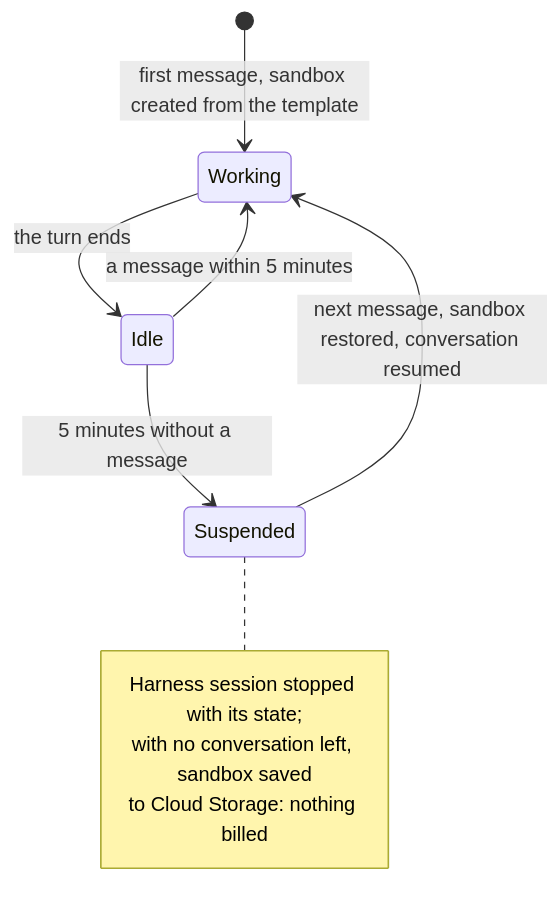
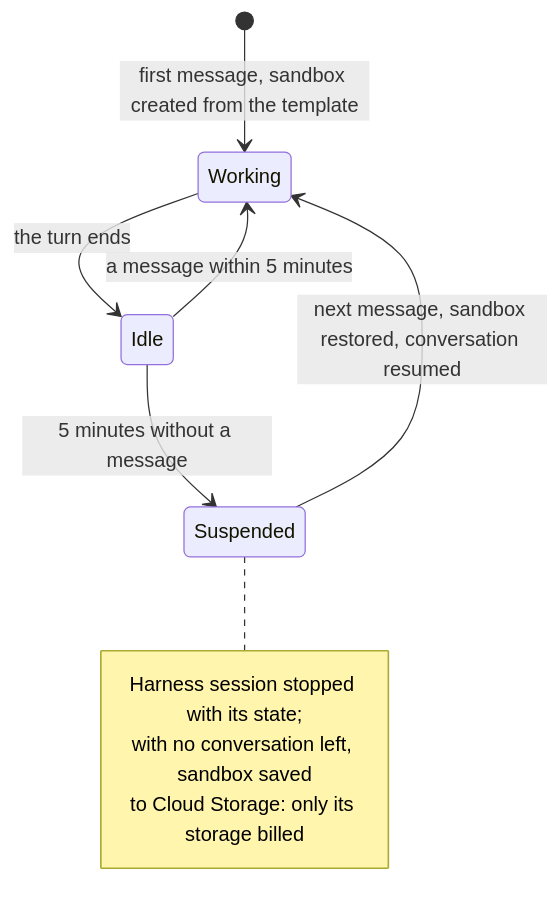
Before and after one commit to fpasquet/ai-sdk-harness: the first of 2 diagrams in examples/next-chat/README.md, drawn with Mermaid. The commit also changed other lines of this file and 7 other files, not shown here.

````diff
--- a/examples/next-chat/README.md
+++ b/examples/next-chat/README.md
@@ -86,13 +86,13 @@
 ```mermaid
 stateDiagram-v2
   [*] --> Working: first message, sandbox created from the template
   Working --> Idle: the turn ends
   Idle --> Working: a message within 5 minutes
   Idle --> Suspended: 5 minutes without a message
   Suspended --> Working: next message, sandbox restored, conversation resumed
   note right of Suspended
     Harness session stopped with its state;
     with no conversation left, sandbox saved
-    to Cloud Storage: nothing billed
+    to Cloud Storage: only its storage billed
   end note
 ```
````
